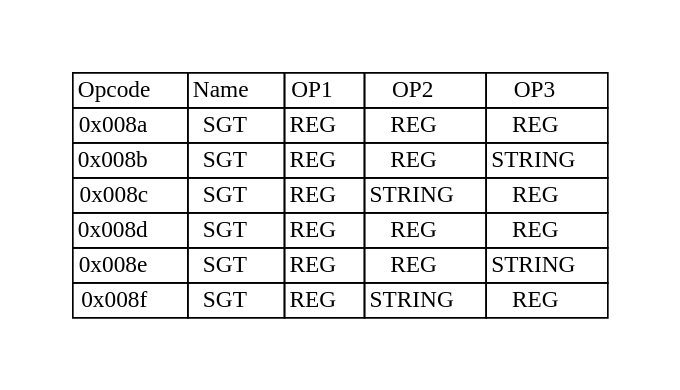
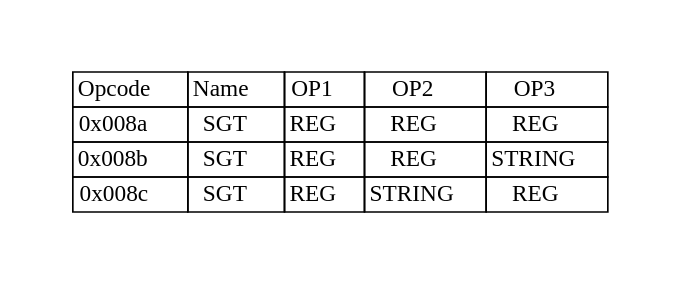
The diagram in docs/books/crexx_vm_spec/svg/sgt.gv (adesutherland/CREXX), drawn with Graphviz before and after one commit. The commit also changed 207 other files, not shown here.

```diff
--- a/docs/books/crexx_vm_spec/svg/sgt.gv
+++ b/docs/books/crexx_vm_spec/svg/sgt.gv
@@ -1,14 +1,11 @@
 digraph{
 graph [pad="0.5", nodesep="0.5", ranksep="2" ]
 node[shape=plain]
 Foo [label=<
 <table border="0" cellborder="1" cellspacing="0">
 <tr><td> Opcode </td> <td> Name </td> <td> OP1 </td><td> OP2 </td><td> OP3 </td> </tr>
 <tr><td> 0x008a </td><td> SGT </td><td> REG </td><td> REG </td><td> REG </td> </tr>
 <tr><td> 0x008b </td><td> SGT </td><td> REG </td><td> REG </td><td> STRING </td> </tr>
 <tr><td> 0x008c </td><td> SGT </td><td> REG </td><td> STRING </td><td> REG </td> </tr>
-<tr><td> 0x008d </td><td> SGT </td><td> REG </td><td> REG </td><td> REG </td> </tr>
-<tr><td> 0x008e </td><td> SGT </td><td> REG </td><td> REG </td><td> STRING </td> </tr>
-<tr><td> 0x008f </td><td> SGT </td><td> REG </td><td> STRING </td><td> REG </td> </tr>
 </table>>];
 }
```
